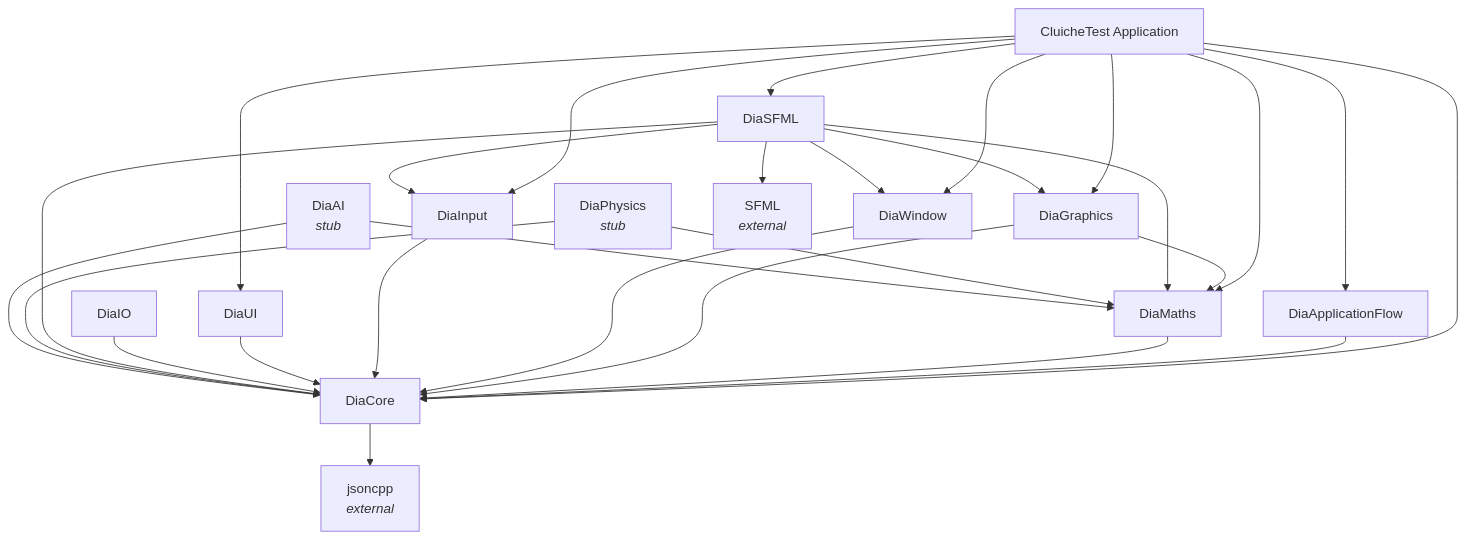
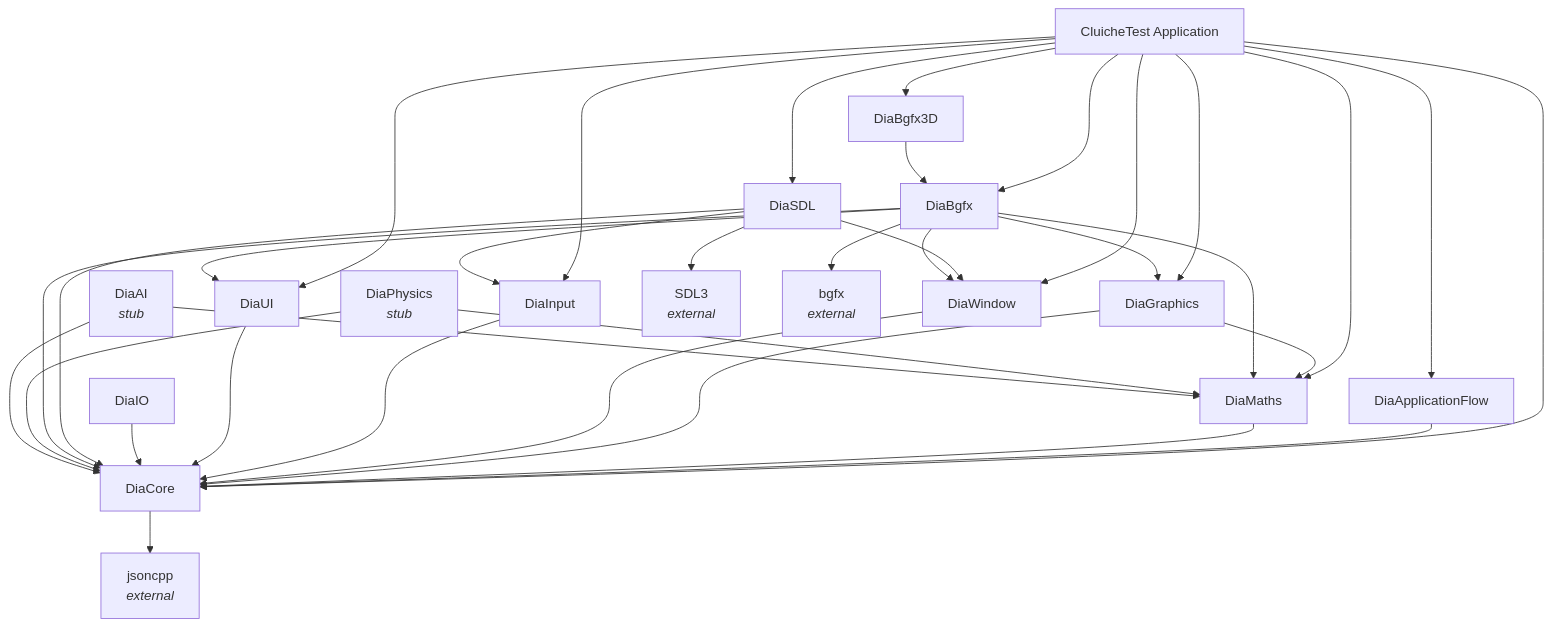
One commit to LenihanConor/Cluiche changed the diagram in docs/reference/ai-guides/dependency-graph.md. Above: the diagram before and after it, drawn with Mermaid. The commit also changed other lines of this file and 110 other files, not shown here.

````diff
--- a/docs/reference/ai-guides/dependency-graph.md
+++ b/docs/reference/ai-guides/dependency-graph.md
@@ -148,70 +162,80 @@
 ```mermaid
 graph TD
     %% Application Layer
     Cluiche[CluicheTest Application]
     
     %% Dia Framework
     DiaApp[DiaApplicationFlow]
     
     %% Dia Core
     DiaCore[DiaCore]
     
     %% Dia Platform Abstractions
     DiaMaths[DiaMaths]
     DiaGraphics[DiaGraphics]
     DiaWindow[DiaWindow]
     DiaInput[DiaInput]
     DiaUI[DiaUI]
     DiaIO[DiaIO]
     
     %% Dia Backend
-    DiaSFML[DiaSFML]
+    DiaSDL[DiaSDL]
+    DiaBgfx[DiaBgfx]
+    DiaBgfx3D[DiaBgfx3D]
     
     %% Dia Specialized (Stubs)
     DiaPhysics[DiaPhysics<br/><i>stub</i>]
     DiaAI[DiaAI<br/><i>stub</i>]
     
     %% External
-    SFML[SFML<br/><i>external</i>]
+    SDL3[SDL3<br/><i>external</i>]
+    bgfxlib[bgfx<br/><i>external</i>]
     JsonCpp[jsoncpp<br/><i>external</i>]
     
     %% Application dependencies
     Cluiche --> DiaApp
     Cluiche --> DiaCore
     Cluiche --> DiaMaths
     Cluiche --> DiaGraphics
     Cluiche --> DiaWindow
     Cluiche --> DiaInput
     Cluiche --> DiaUI
-    Cluiche --> DiaSFML
+    Cluiche --> DiaSDL
+    Cluiche --> DiaBgfx
+    Cluiche --> DiaBgfx3D
     
     %% Framework dependencies
     DiaApp --> DiaCore
     
     %% Platform abstraction dependencies
     DiaMaths --> DiaCore
     DiaGraphics --> DiaCore
     DiaGraphics --> DiaMaths
     DiaWindow --> DiaCore
     DiaInput --> DiaCore
     DiaUI --> DiaCore
     DiaIO --> DiaCore
     
     %% Backend dependencies
-    DiaSFML --> SFML
-    DiaSFML --> DiaCore
-    DiaSFML --> DiaMaths
-    DiaSFML --> DiaGraphics
-    DiaSFML --> DiaWindow
-    DiaSFML --> DiaInput
+    DiaSDL --> SDL3
+    DiaSDL --> DiaCore
+    DiaSDL --> DiaWindow
+    DiaSDL --> DiaInput
+    DiaBgfx --> bgfxlib
+    DiaBgfx --> DiaCore
+    DiaBgfx --> DiaMaths
+    DiaBgfx --> DiaGraphics
+    DiaBgfx --> DiaWindow
+    DiaBgfx --> DiaUI
+    DiaBgfx3D --> DiaBgfx
     
     %% Specialized dependencies
     DiaPhysics --> DiaCore
     DiaPhysics --> DiaMaths
     
     DiaAI --> DiaCore
     DiaAI --> DiaMaths
     
     %% Core dependencies
     DiaCore --> JsonCpp
 ```
````
